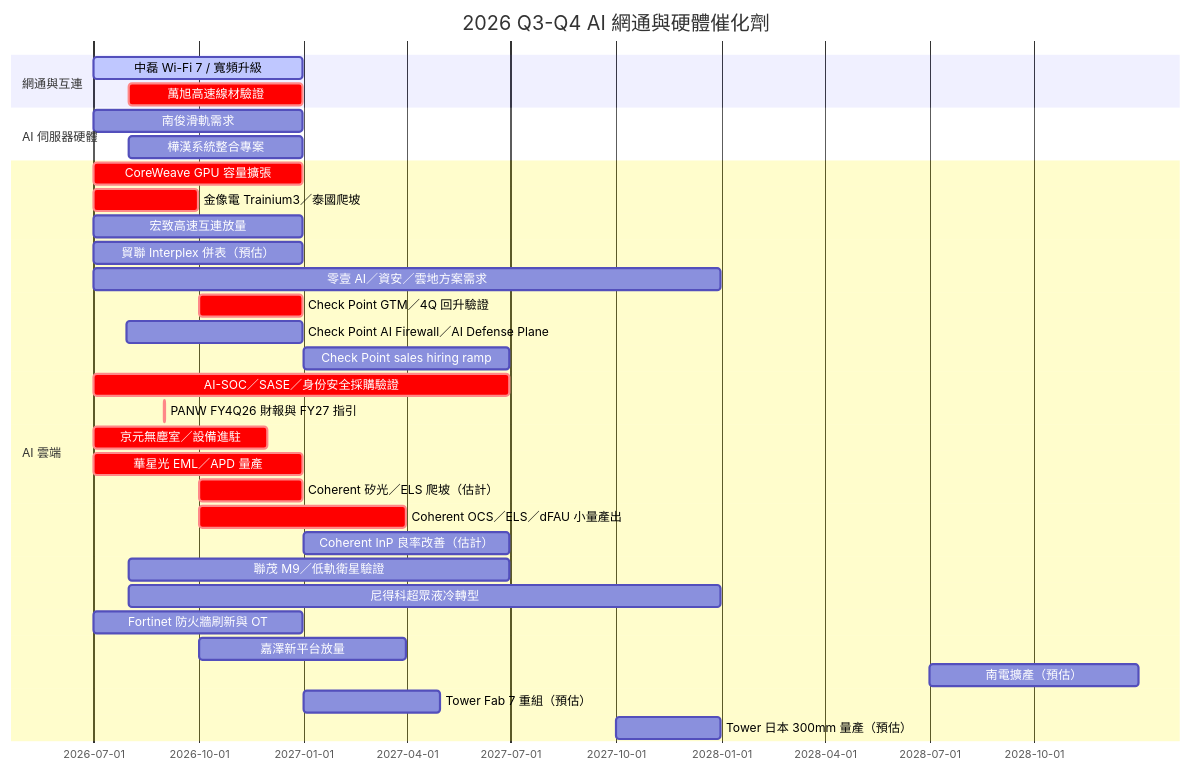
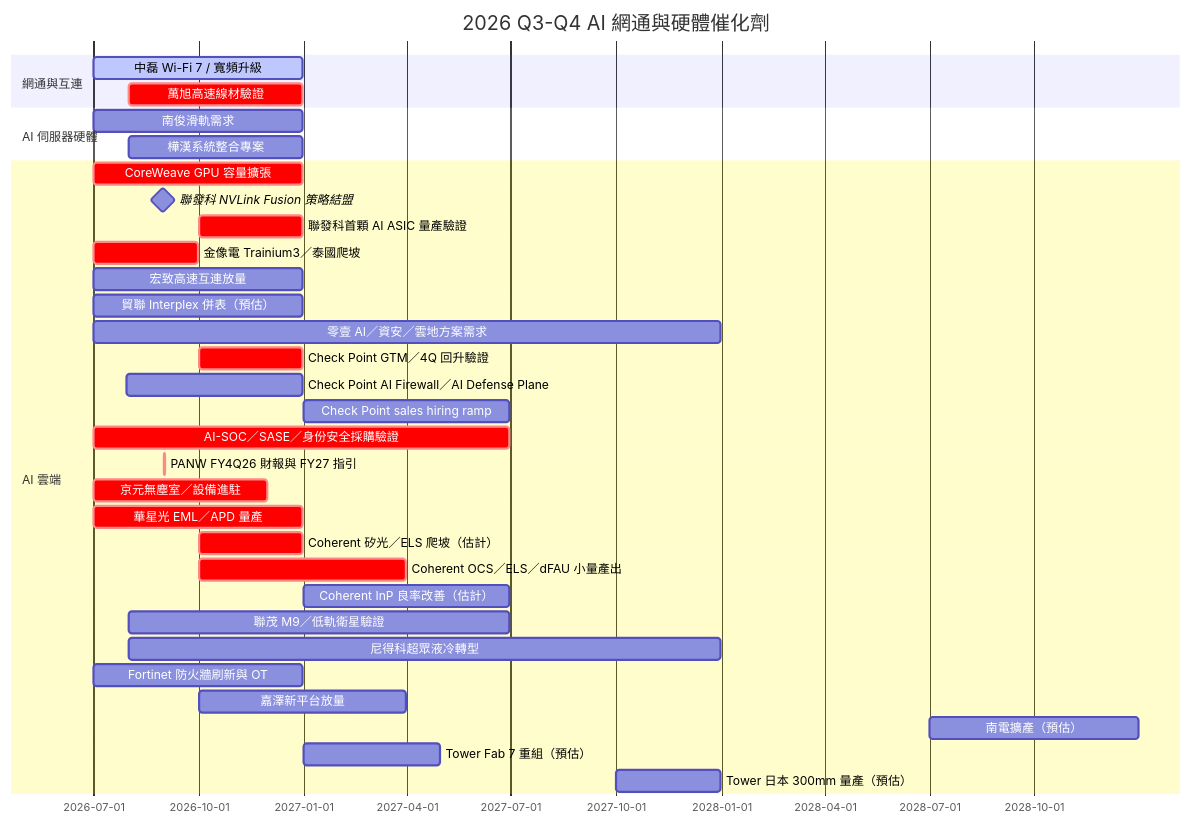
One commit to kevn950324/wiki_Stockv2 changed the first of 2 diagrams in content/lib/5.schedule/時程_2026Q3Q4_AI網通與硬體催化劑.md. Above: the diagram before and after it, drawn with Mermaid. The commit also changed other lines of this file and 15 other files, not shown here.

````diff
--- a/content/lib/5.schedule/時程_2026Q3Q4_AI網通與硬體催化劑.md
+++ b/content/lib/5.schedule/時程_2026Q3Q4_AI網通與硬體催化劑.md
@@ -70,34 +73,36 @@
 ```mermaid
 gantt
     title 2026 Q3-Q4 AI 網通與硬體催化劑
     dateFormat YYYY-MM-DD
     section 網通與互連
     中磊 Wi-Fi 7 / 寬頻升級 :active, 2026-07-01, 2026-12-31
     萬旭高速線材驗證 :crit, 2026-08-01, 2026-12-31
     section AI 伺服器硬體
     南俊滑軌需求 :2026-07-01, 2026-12-31
     樺漢系統整合專案 :2026-08-01, 2026-12-31
     section AI 雲端
     CoreWeave GPU 容量擴張 :crit, 2026-07-01, 2026-12-31
+    聯發科 NVLink Fusion 策略結盟 :milestone, 2026-08-31, 0d
+    聯發科首顆 AI ASIC 量產驗證 :crit, 2026-10-01, 2026-12-31
     金像電 Trainium3／泰國爬坡 :crit, 2026-07-01, 2026-09-30
     宏致高速互連放量 :2026-07-01, 2026-12-31
     貿聯 Interplex 併表（預估） :2026-07-01, 2026-12-31
     零壹 AI／資安／雲地方案需求 :2026-07-01, 2027-12-31
     Check Point GTM／4Q 回升驗證 :crit, 2026-10-01, 2026-12-31
     Check Point AI Firewall／AI Defense Plane :2026-07-30, 2026-12-31
     Check Point sales hiring ramp :2027-01-01, 2027-06-30
     AI-SOC／SASE／身份安全採購驗證 :crit, 2026-07-01, 2027-06-30
     PANW FY4Q26 財報與 FY27 指引 :crit, 2026-09-01, 2026-09-02
     京元無塵室／設備進駐 :crit, 2026-07-01, 2026-11-30
     華星光 EML／APD 量產 :crit, 2026-07-01, 2026-12-31
     Coherent 矽光／ELS 爬坡（估計） :crit, 2026-10-01, 2026-12-31
     Coherent OCS／ELS／dFAU 小量產出 :crit, 2026-10-01, 2027-03-31
     Coherent InP 良率改善（估計） :2027-01-01, 2027-06-30
     聯茂 M9／低軌衛星驗證 :2026-08-01, 2027-06-30
     尼得科超眾液冷轉型 :2026-08-01, 2027-12-31
     Fortinet 防火牆刷新與 OT :2026-07-01, 2026-12-31
     嘉澤新平台放量 :2026-10-01, 2027-03-31
     南電擴產（預估） :2028-07-01, 2028-12-31
     Tower Fab 7 重組（預估） :2027-01-01, 2027-04-30
     Tower 日本 300mm 量產（預估） :2027-10-01, 2027-12-31
 ```
````
